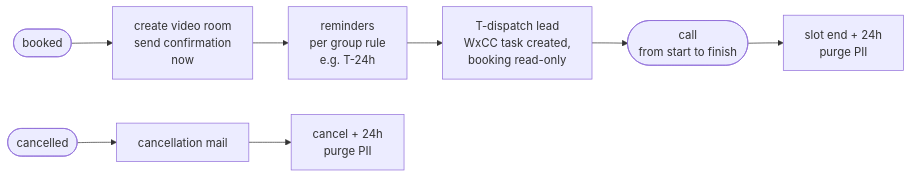
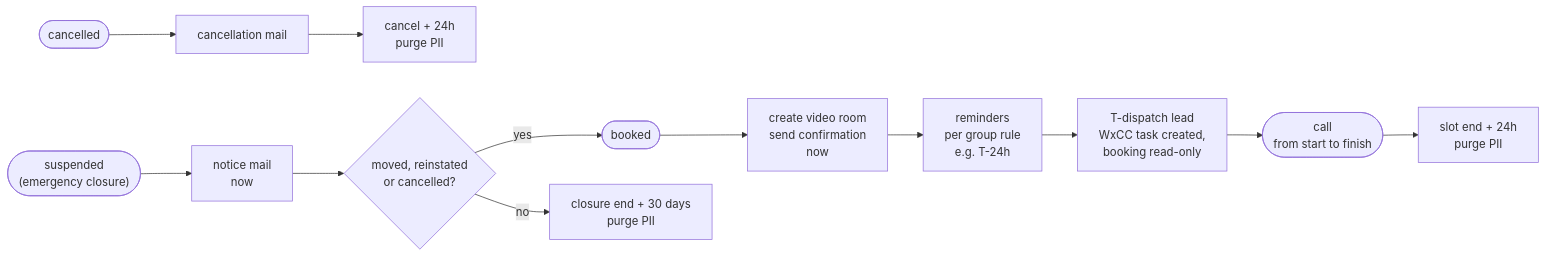
The eighth of 13 diagrams in docs/architecture.md (3Corners-Labs/OpenPlanner), drawn with Mermaid before and after one commit. The commit also changed other lines of this file and 57 other files, not shown here.

First line of the commit message:
feat: emergency closure of a group or organisation (ADR 0021)

````diff
--- a/docs/architecture.md
+++ b/docs/architecture.md
@@ -383,11 +386,16 @@
 ```mermaid
 flowchart LR
     book(["booked"]) --> confirm["create video room<br/>send confirmation<br/>now"]
     confirm --> remind["reminders<br/>per group rule<br/>e.g. T-24h"]
     remind --> dispatch["T-dispatch lead<br/>WxCC task created,<br/>booking read-only"]
     dispatch --> meeting(["call<br/>from start to finish"])
     meeting --> purge["slot end + 24h<br/>purge PII"]
 
     cancel(["cancelled"]) --> cmail["cancellation mail"] --> cpurge["cancel + 24h<br/>purge PII"]
 
+    hold(["suspended<br/>(emergency closure)"]) --> hmail["notice mail<br/>now"]
+    hmail --> resolve{"moved, reinstated<br/>or cancelled?"}
+    resolve -->|yes| book
+    resolve -->|no| hpurge["closure end + 30 days<br/>purge PII"]
+
 ```
````
